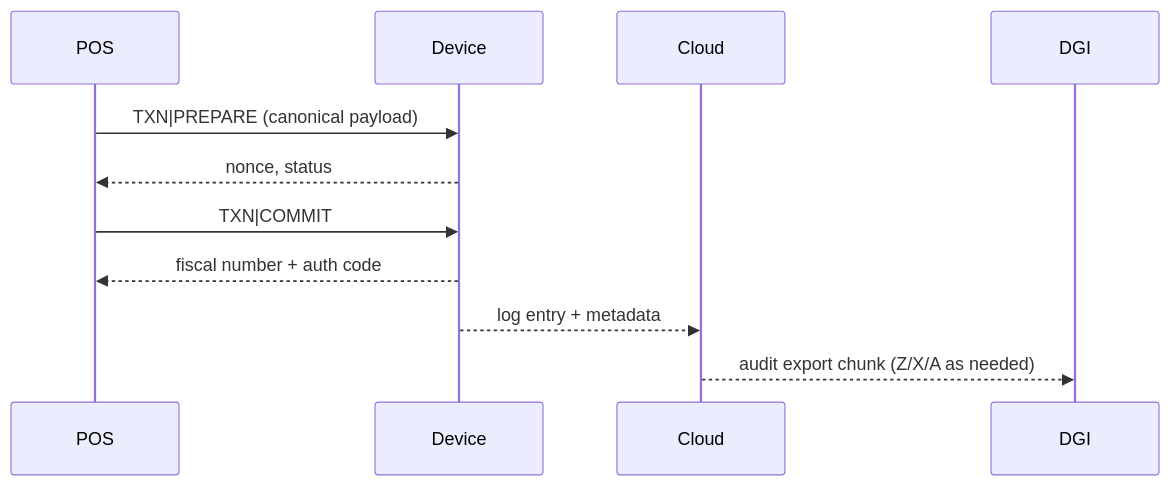
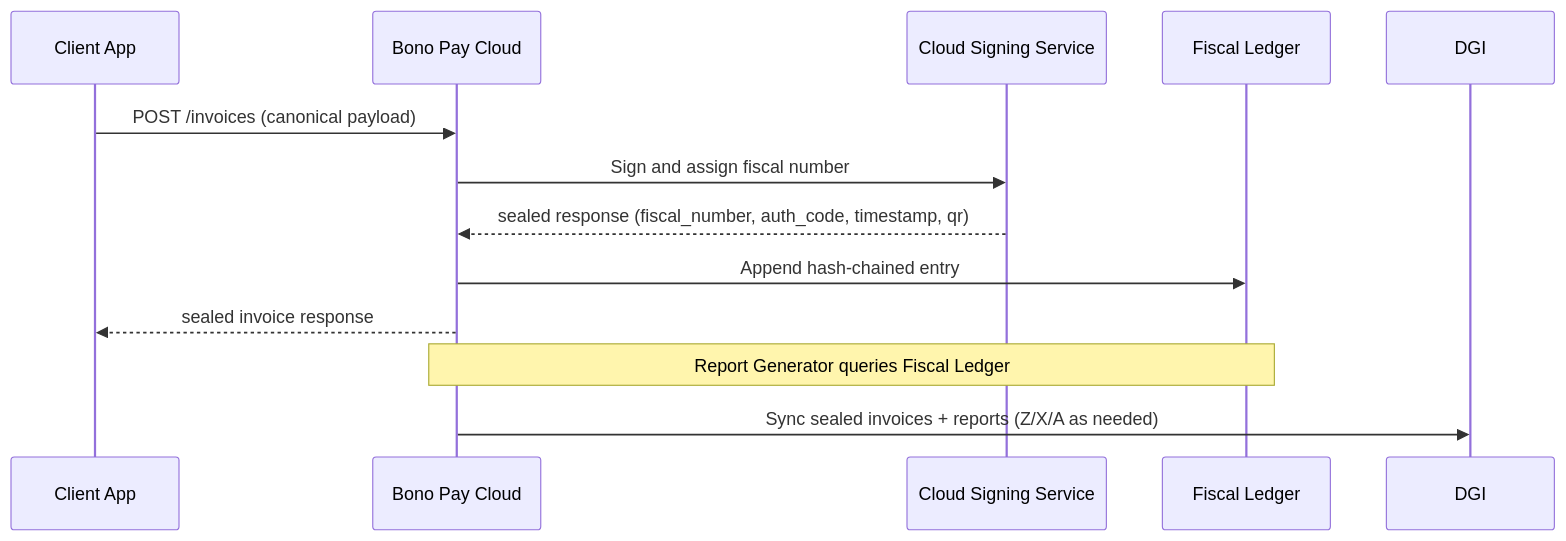
One commit to kupapay/docs changed the diagram in design/docs/fiscal/reports.md. Above: the diagram before and after it, drawn with Mermaid. The commit also changed other lines of this file and 65 other files, not shown here.

````diff
--- a/design/docs/fiscal/reports.md
+++ b/design/docs/fiscal/reports.md
@@ -124,14 +124,16 @@
 ```mermaid
 sequenceDiagram
-    participant POS
-    participant Device
-    participant Cloud
-    participant DGI
+    participant Client as Client App
+    participant Cloud as Bono Pay Cloud
+    participant HSM as Cloud Signing Service
+    participant Ledger as Fiscal Ledger
+    participant DGI as DGI
 
-    POS->>Device: TXN|PREPARE (canonical payload)
-    Device-->>POS: nonce, status
-    POS->>Device: TXN|COMMIT
-    Device-->>POS: fiscal number + auth code
-    Device-->>Cloud: log entry + metadata
-    Cloud-->>DGI: audit export chunk (Z/X/A as needed)
+    Client->>Cloud: POST /invoices (canonical payload)
+    Cloud->>HSM: Sign and assign fiscal number
+    HSM-->>Cloud: sealed response (fiscal_number, auth_code, timestamp, qr)
+    Cloud->>Ledger: Append hash-chained entry
+    Cloud-->>Client: sealed invoice response
+    Note over Cloud,Ledger: Report Generator queries Fiscal Ledger
+    Cloud->>DGI: Sync sealed invoices + reports (Z/X/A as needed)
 ```
````
